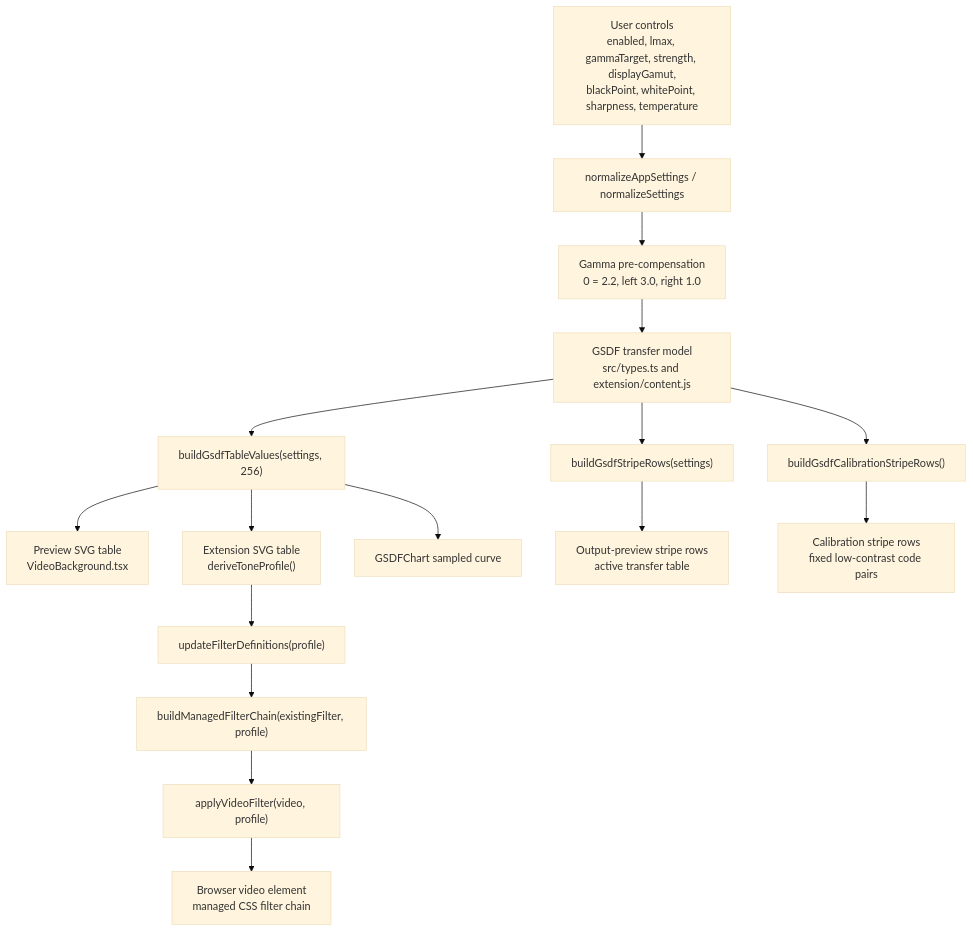
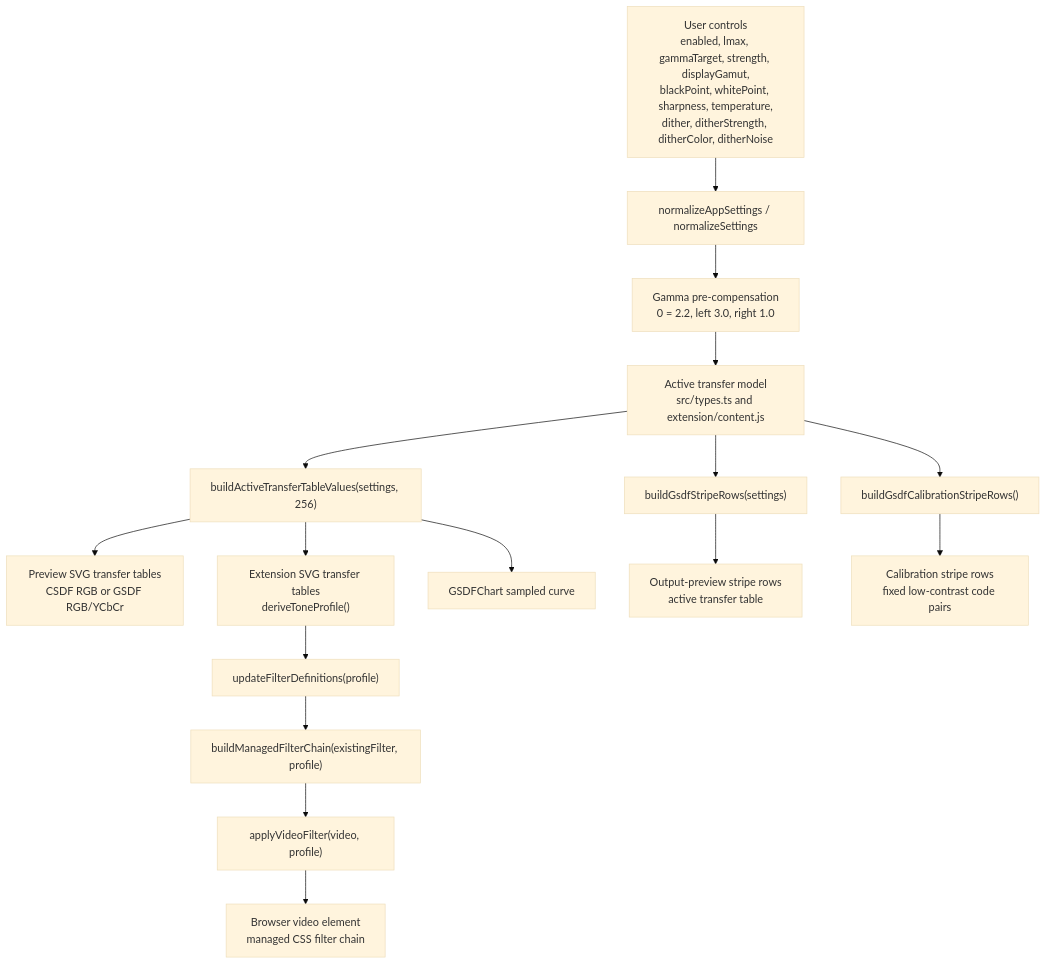
Before and after one commit to pingqLIN/gsdf-eotf-video-adjuster: the first of 3 diagrams in docs/gsdf-model.md, drawn with Mermaid (base theme). The commit also changed other lines of this file and 17 other files, not shown here.

````diff
--- a/docs/gsdf-model.md
+++ b/docs/gsdf-model.md
@@ -80,18 +80,18 @@
 ```mermaid
 flowchart TD
-  A["User controls<br/>enabled, lmax, gammaTarget, strength, displayGamut,<br/>blackPoint, whitePoint, sharpness, temperature"] --> B["normalizeAppSettings / normalizeSettings"]
+  A["User controls<br/>enabled, lmax, gammaTarget, strength, displayGamut,<br/>blackPoint, whitePoint, sharpness, temperature,<br/>dither, ditherStrength, ditherColor, ditherNoise"] --> B["normalizeAppSettings / normalizeSettings"]
   B --> C["Gamma pre-compensation<br/>0 = 2.2, left 3.0, right 1.0"]
-  C --> D["GSDF transfer model<br/>src/types.ts and extension/content.js"]
-  D --> E["buildGsdfTableValues(settings, 256)"]
+  C --> D["Active transfer model<br/>src/types.ts and extension/content.js"]
+  D --> E["buildActiveTransferTableValues(settings, 256)"]
   D --> F["buildGsdfStripeRows(settings)"]
   D --> G["buildGsdfCalibrationStripeRows()"]
-  E --> H["Preview SVG table<br/>VideoBackground.tsx"]
-  E --> I["Extension SVG table<br/>deriveToneProfile()"]
+  E --> H["Preview SVG transfer tables<br/>CSDF RGB or GSDF RGB/YCbCr"]
+  E --> I["Extension SVG transfer tables<br/>deriveToneProfile()"]
   E --> J["GSDFChart sampled curve"]
   F --> K["Output-preview stripe rows<br/>active transfer table"]
   G --> L["Calibration stripe rows<br/>fixed low-contrast code pairs"]
   I --> M["updateFilterDefinitions(profile)"]
   M --> N["buildManagedFilterChain(existingFilter, profile)"]
   N --> O["applyVideoFilter(video, profile)"]
   O --> P["Browser video element<br/>managed CSS filter chain"]
 ```
````
